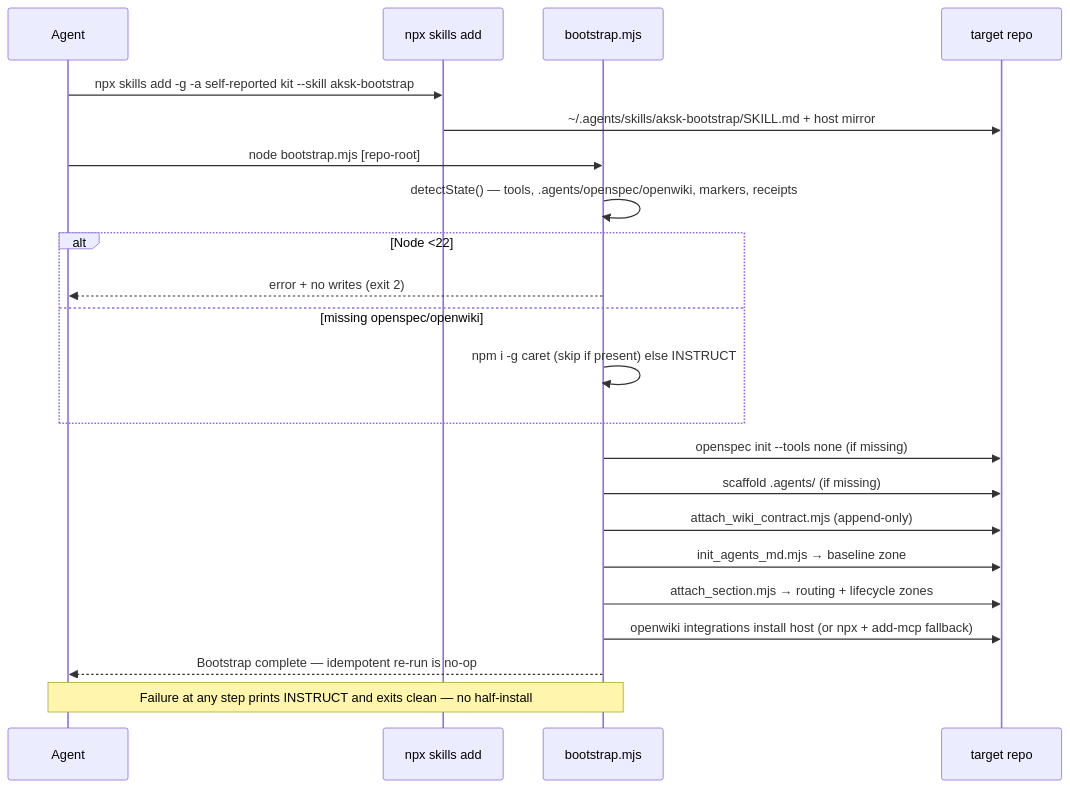
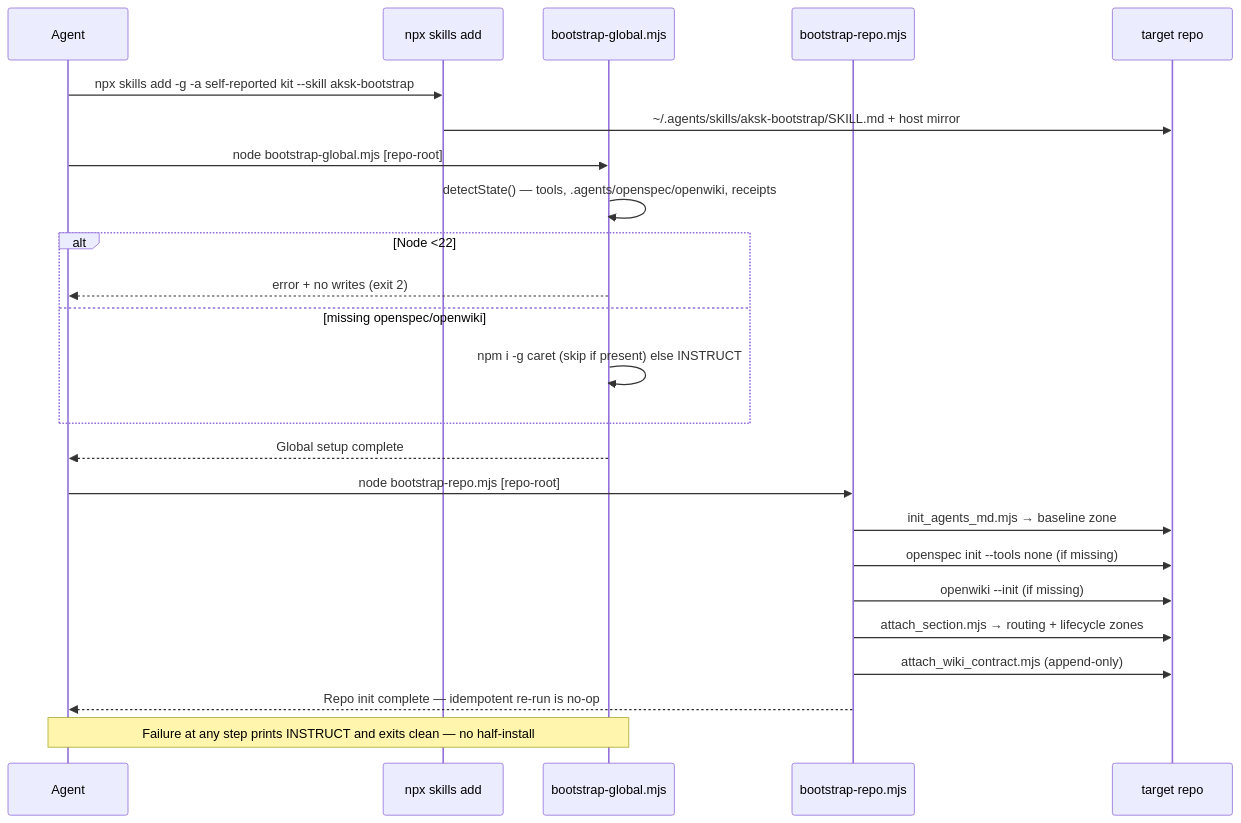
The second of 2 diagrams in openwiki/distribution/packaging-and-install.md (Hypercubed/Agent-Knowledge-Starter-Kit), drawn with Mermaid before and after one commit. The commit also changed other lines of this file and 80 other files, not shown here.

````diff
--- a/openwiki/distribution/packaging-and-install.md
+++ b/openwiki/distribution/packaging-and-install.md
@@ -147,24 +169,26 @@
 ```mermaid
 sequenceDiagram
   participant Agent
   participant CLI as npx skills add
-  participant Boot as bootstrap.mjs
+  participant BootG as bootstrap-global.mjs
+  participant BootR as bootstrap-repo.mjs
   participant Repo as target repo
   Agent->>CLI: npx skills add -g -a self-reported kit --skill aksk-bootstrap
   CLI->>Repo: ~/.agents/skills/aksk-bootstrap/SKILL.md + host mirror
-  Agent->>Boot: node bootstrap.mjs [repo-root]
-  Boot->>Boot: detectState() — tools, .agents/openspec/openwiki, markers, receipts
+  Agent->>BootG: node bootstrap-global.mjs [repo-root]
+  BootG->>BootG: detectState() — tools, .agents/openspec/openwiki, receipts
   alt Node <22
-    Boot-->>Agent: error + no writes (exit 2)
+    BootG-->>Agent: error + no writes (exit 2)
   else missing openspec/openwiki
-    Boot->>Boot: npm i -g caret (skip if present) else INSTRUCT
+    BootG->>BootG: npm i -g caret (skip if present) else INSTRUCT
   end
-  Boot->>Repo: openspec init --tools none (if missing)
-  Boot->>Repo: scaffold .agents/ (if missing)
-  Boot->>Repo: attach_wiki_contract.mjs (append-only)
-  Boot->>Repo: init_agents_md.mjs → baseline zone
-  Boot->>Repo: attach_section.mjs → routing + lifecycle zones
-  Boot->>Repo: openwiki integrations install host (or npx + add-mcp fallback)
-  Boot-->>Agent: Bootstrap complete — idempotent re-run is no-op
-  Note over Boot,Agent: Failure at any step prints INSTRUCT and exits clean — no half-install
+  BootG-->>Agent: Global setup complete
+  Agent->>BootR: node bootstrap-repo.mjs [repo-root]
+  BootR->>Repo: init_agents_md.mjs → baseline zone
+  BootR->>Repo: openspec init --tools none (if missing)
+  BootR->>Repo: openwiki --init (if missing)
+  BootR->>Repo: attach_section.mjs → routing + lifecycle zones
+  BootR->>Repo: attach_wiki_contract.mjs (append-only)
+  BootR-->>Agent: Repo init complete — idempotent re-run is no-op
+  Note over BootG,Agent: Failure at any step prints INSTRUCT and exits clean — no half-install
 ```
````
